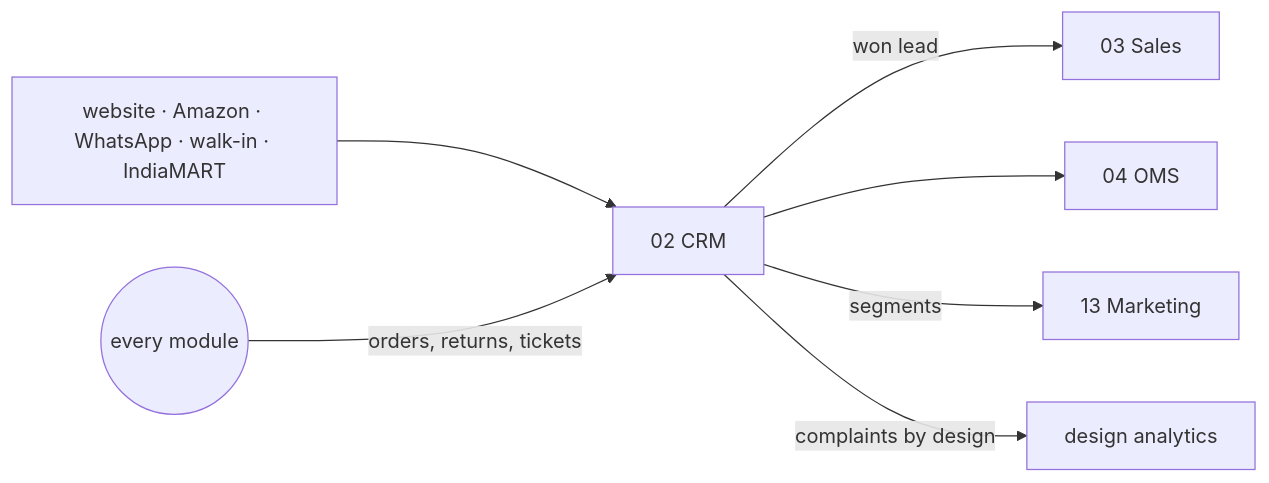
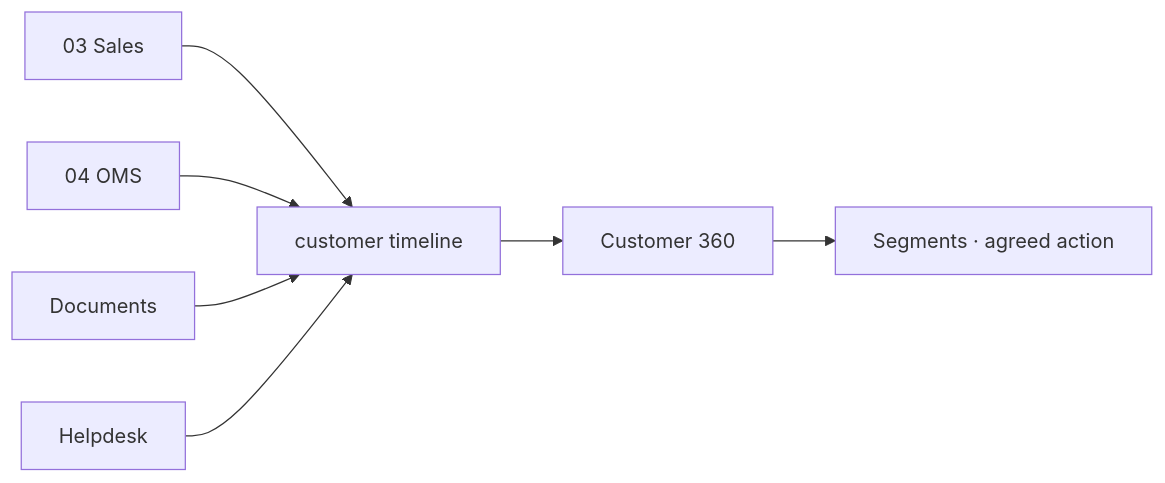
One commit to vastrangam/AI_Content_Engine changed the second of 16 diagrams in VASTRANGAM_MODULES_COMPLETE.md. Above: the diagram before and after it, drawn with Mermaid. The commit also changed other lines of this file and 1 other file, not shown here.

First line of the commit message:
Rewrite module book at app + screen level (78 apps, BUILT/SPEC marked)

````diff
--- a/VASTRANGAM_MODULES_COMPLETE.md
+++ b/VASTRANGAM_MODULES_COMPLETE.md
@@ -168,9 +106,9 @@
 ```mermaid
 flowchart LR
-  CH[website · Amazon · WhatsApp · walk-in · IndiaMART] --> C[02 CRM]
-  ALL((every module)) -->|orders, returns, tickets| C
-  C -->|won lead| S[03 Sales]
-  C --> O[04 OMS]
-  C -->|segments| M[13 Marketing]
-  C -->|complaints by design| AN[design analytics]
+  SALES[03 Sales] --> T[customer timeline]
+  OMS[04 OMS] --> T
+  DOC[Documents] --> T
+  HD[Helpdesk] --> T
+  T --> C360[Customer 360]
+  C360 --> SEG[Segments · agreed action]
 ```
````
